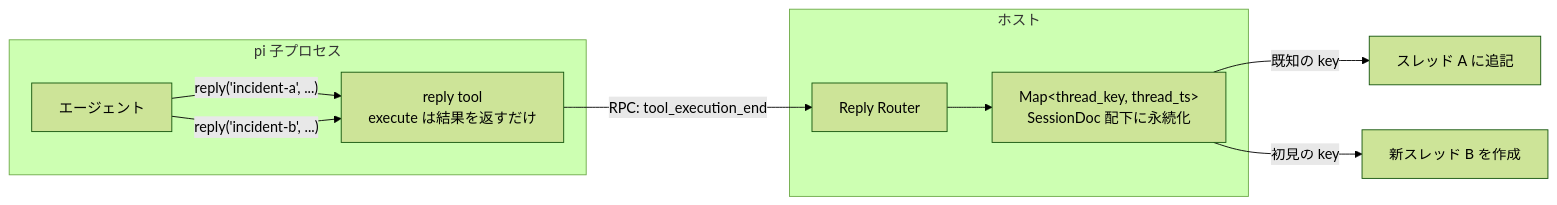
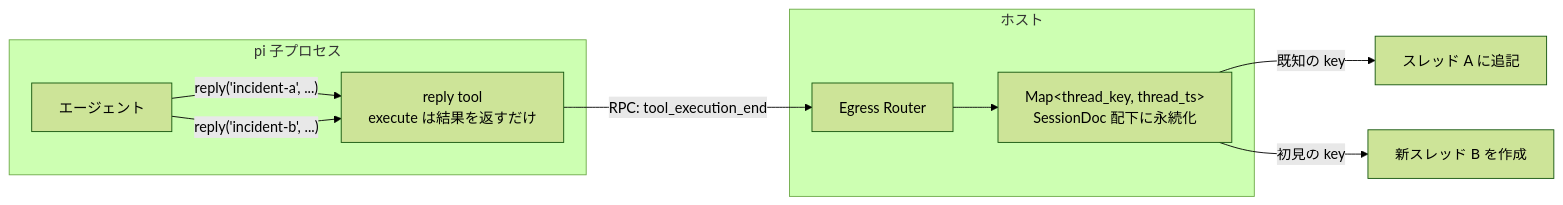
Before and after one commit to pokutuna/pi-chat-runner: the fifth of 5 diagrams in docs/design/components.md, drawn with Mermaid (forest theme). The commit also changed other lines of this file and 6 other files, not shown here.

````diff
--- a/docs/design/components.md
+++ b/docs/design/components.md
@@ -233,13 +233,13 @@
 ```mermaid
 flowchart LR
     subgraph pi [pi 子プロセス]
         A[エージェント] -->|"reply('incident-a', ...)"| X[reply tool<br/>execute は結果を返すだけ]
         A -->|"reply('incident-b', ...)"| X
     end
-    X -->|RPC: tool_execution_end| RR[Reply Router]
+    X -->|RPC: tool_execution_end| RR[Egress Router]
     subgraph host [ホスト]
         RR --> MAP["Map&lt;thread_key, thread_ts&gt;<br/>SessionDoc 配下に永続化"]
     end
     MAP -->|既知の key| T1[スレッド A に追記]
     MAP -->|初見の key| T2[新スレッド B を作成]
 ```
````
